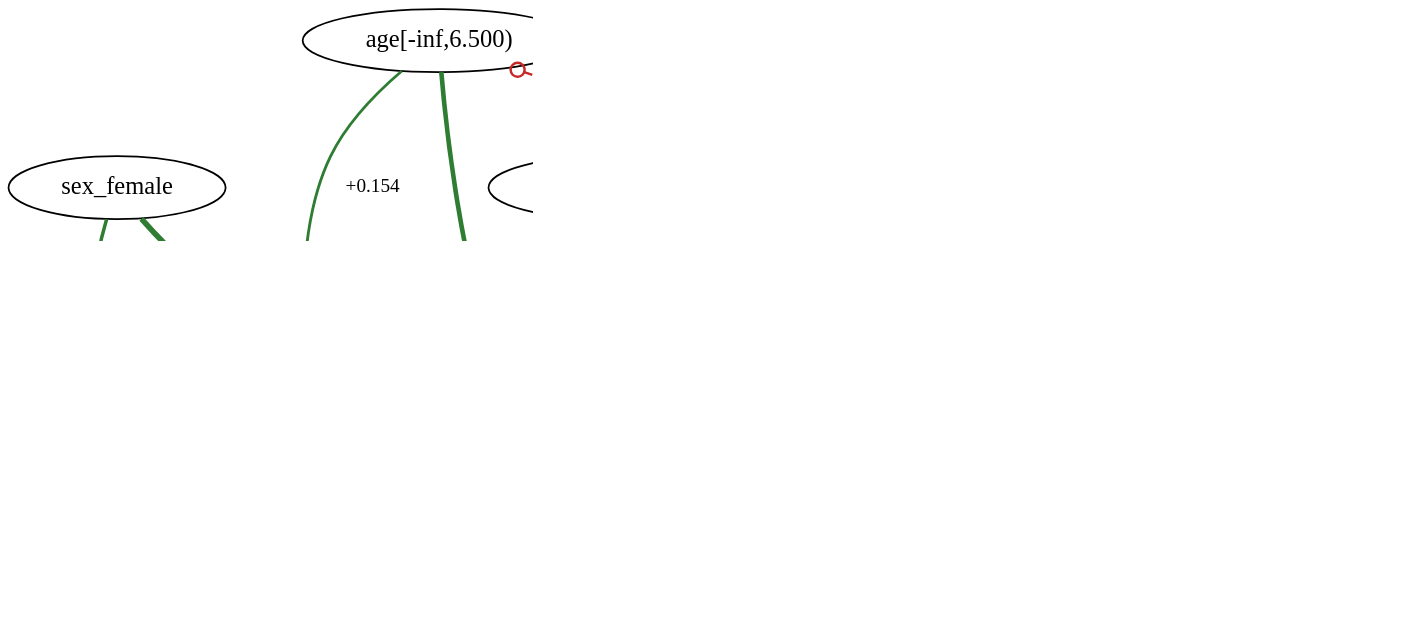
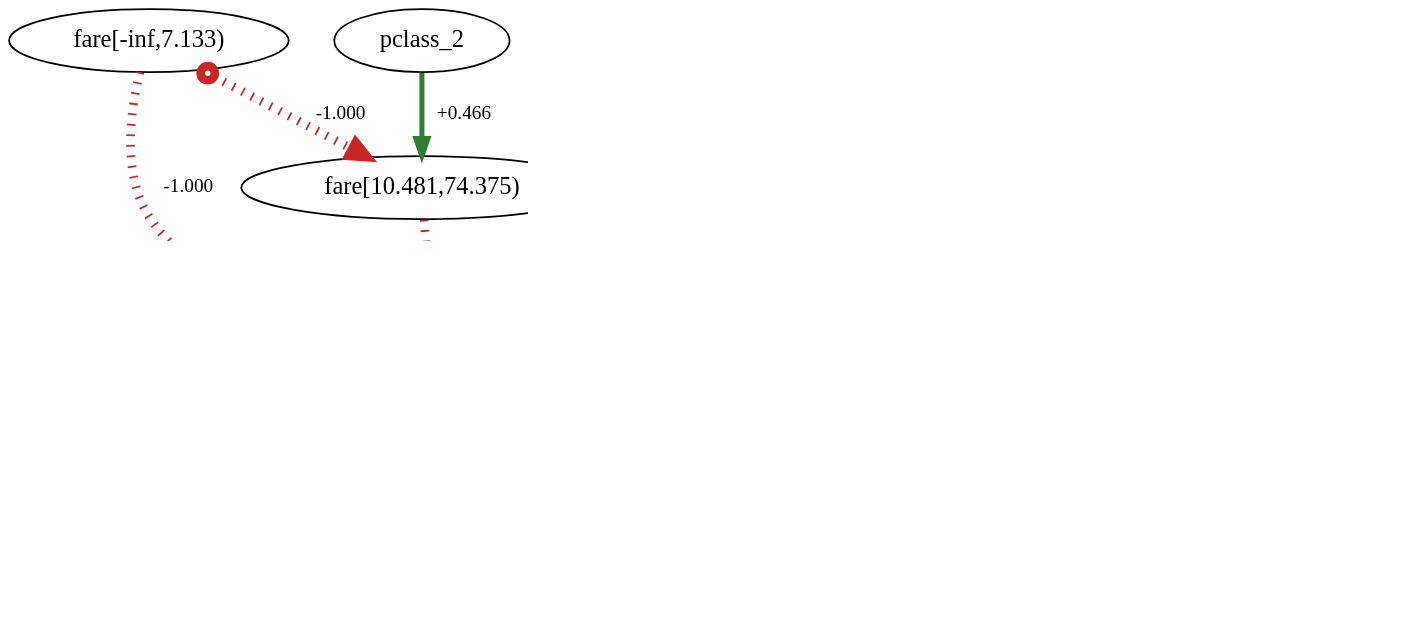
One commit to AKANEMO22/MedTCAX-Causal-Argumentative-Explainability changed the diagram in causal_argumentation-main/outputs_titanic/fci_experiment/discovery_fci_droplast_weighted.dot. Above: the diagram before and after it, drawn with Graphviz. The commit also changed 30 other files, not shown here.

```diff
--- a/causal_argumentation-main/outputs_titanic/fci_experiment/discovery_fci_droplast_weighted.dot
+++ b/causal_argumentation-main/outputs_titanic/fci_experiment/discovery_fci_droplast_weighted.dot
@@ -1,33 +1,31 @@
 digraph {
 fontsize=18;
 dpi=200;
 0 [label="age[-inf,6.500)"];
 1 [label="fare[-inf,7.133)"];
 2 [label="fare[10.481,74.375)"];
 3 [label="fare[7.133,10.481)"];
 4 [label=sibsp];
 5 [label=parch];
 6 [label="pclass_1"];
 7 [label="pclass_2"];
 8 [label="sex_female"];
 9 [label="embarked_C"];
 10 [label="embarked_Q"];
 11 [label=survived];
 0 -> 5 [dir=both, arrowtail=none, arrowhead=normal, label=" +0.409 ", fontsize=11, color="#2e7d32", penwidth=2.6369918056082815];
 0 -> 6 [dir=both, arrowtail=odot, arrowhead=normal, label=" -0.098 ", fontsize=11, color="#c62828", style=dashed, penwidth=1.3933730565268683];
 0 -> 11 [dir=both, arrowtail=none, arrowhead=normal, label=" +0.154 ", fontsize=11, color="#2e7d32", penwidth=1.6177861699496239];
 1 -> 2 [dir=both, arrowtail=odot, arrowhead=normal, label=" -1.000 ", fontsize=11, style=dotted, color="#c62828", penwidth=5.0];
 1 -> 3 [dir=both, arrowtail=none, arrowhead=normal, label=" -1.000 ", fontsize=11, style=dotted, color="#c62828", penwidth=5.0];
 2 -> 3 [dir=both, arrowtail=none, arrowhead=normal, label=" -1.000 ", fontsize=11, style=dotted, color="#c62828", penwidth=5.0];
 7 -> 2 [dir=both, arrowtail=none, arrowhead=normal, label=" +0.466 ", fontsize=11, color="#2e7d32", penwidth=2.864432504407697];
 3 -> 4 [dir=both, arrowtail=normal, arrowhead=normal, label=" -0.385 ", fontsize=11, color="#c62828", penwidth=2.54102053237382];
 3 -> 5 [dir=both, arrowtail=normal, arrowhead=normal, label=" -0.341 ", fontsize=11, color="#c62828", penwidth=2.3620449319349763];
 6 -> 3 [dir=both, arrowtail=none, arrowhead=normal, label=" -0.400 ", fontsize=11, color="#c62828", penwidth=2.599999999999998];
 5 -> 4 [dir=both, arrowtail=none, arrowhead=normal, label=" +0.420 ", fontsize=11, color="#2e7d32", penwidth=2.680932707475021];
 8 -> 5 [dir=both, arrowtail=none, arrowhead=normal, label=" +0.248 ", fontsize=11, color="#2e7d32", penwidth=1.9900907139670656];
-7 -> 6 [dir=both, arrowtail=odot, arrowhead=normal, label=" -1.000 ", fontsize=11, style=dotted, color="#c62828", penwidth=5.0];
 6 -> 9 [dir=both, arrowtail=normal, arrowhead=normal, label=" +0.296 ", fontsize=11, color="#2e7d32", penwidth=2.1856907175866684];
 6 -> 11 [dir=both, arrowtail=none, arrowhead=normal, label=" +0.286 ", fontsize=11, color="#2e7d32", penwidth=2.1436150711349695];
 8 -> 11 [dir=both, arrowtail=none, arrowhead=normal, label=" +0.543 ", fontsize=11, color="#2e7d32", penwidth=3.17340552263102];
-10 -> 9 [dir=both, arrowtail=odot, arrowhead=normal, label=" -1.000 ", fontsize=11, style=dotted, color="#c62828", penwidth=5.0];
 }
```
